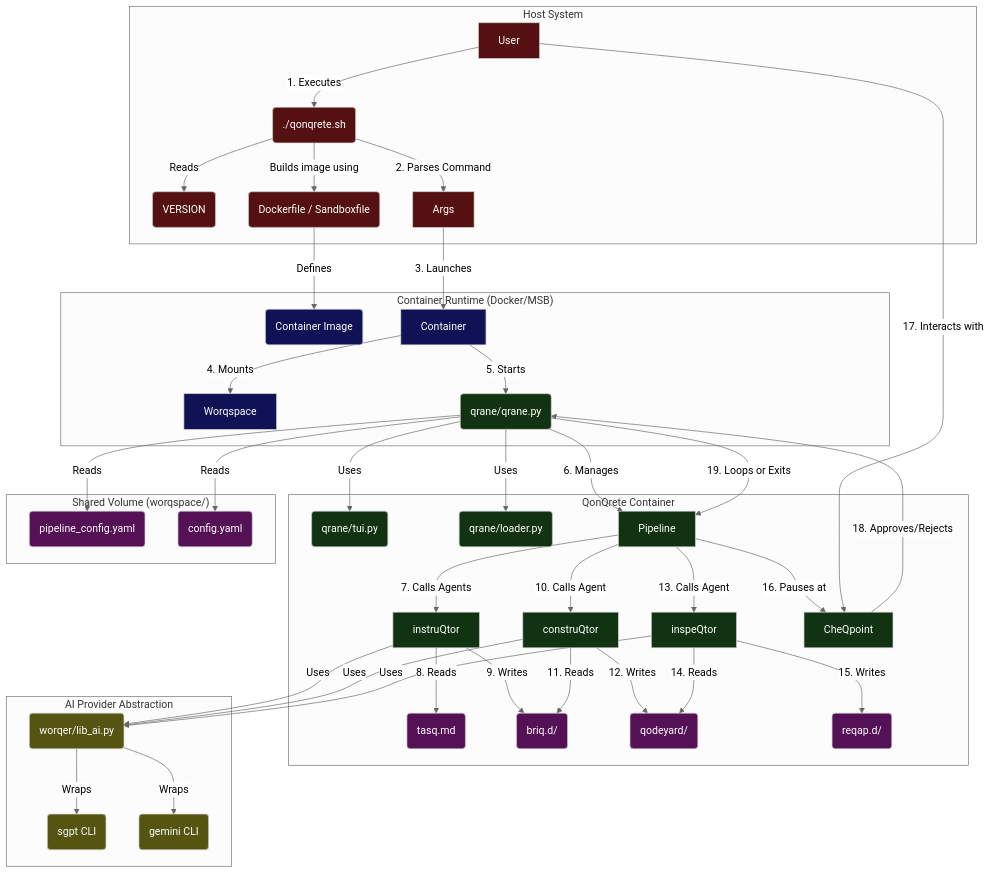
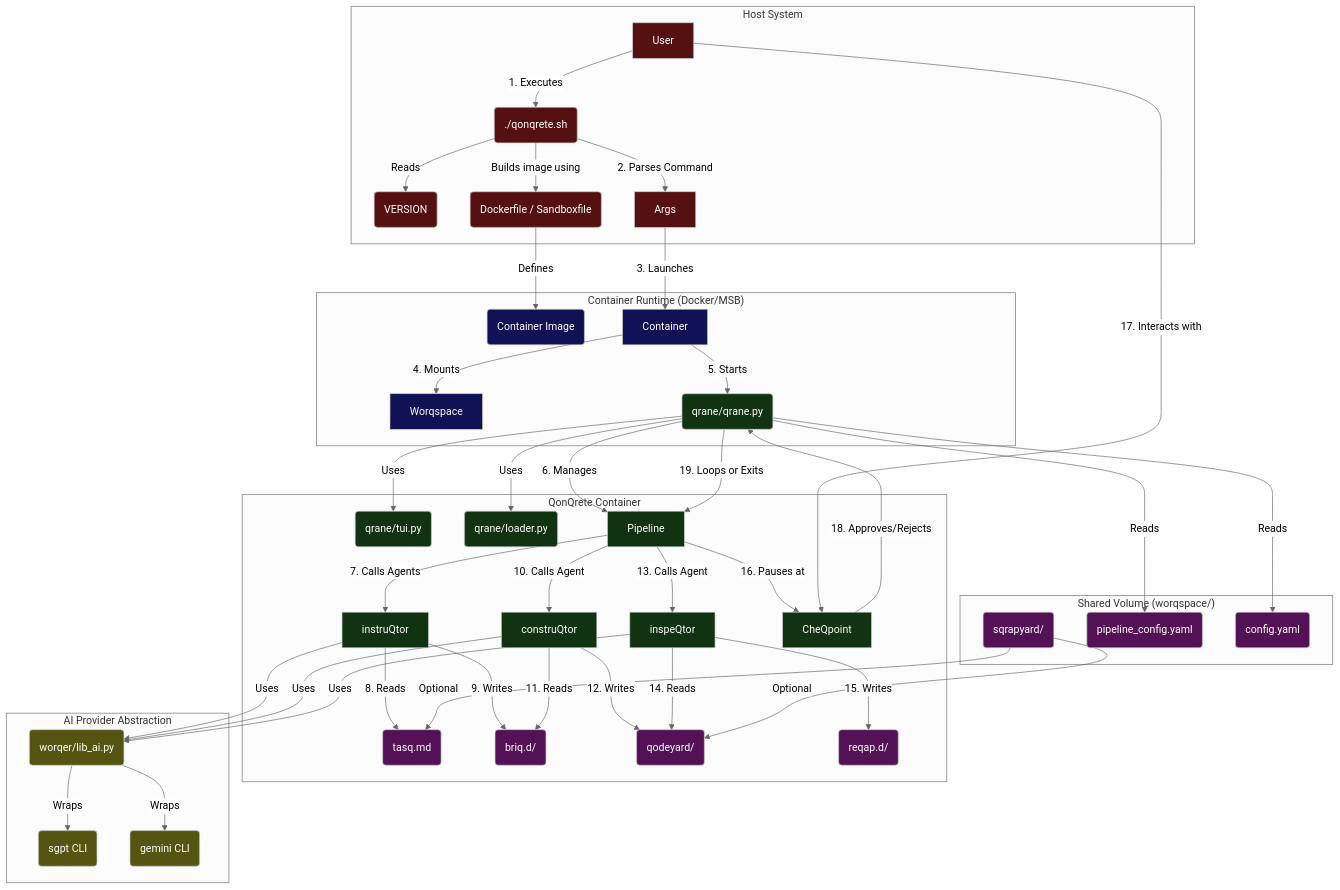
One commit to illdynamics/qonqrete changed the diagram in DOCUMENTATION.md. Above: the diagram before and after it, drawn with Mermaid (neutral theme). The commit also changed other lines of this file and 13 other files, not shown here.

First line of the commit message:
feat: Re-implement qodeyard, sqrapyard, and briqsens levels

````diff
--- a/DOCUMENTATION.md
+++ b/DOCUMENTATION.md
@@ -19,67 +19,70 @@
 ```mermaid
 graph TD
     subgraph Host System
         User -- 1. Executes --> Shell(./qonqrete.sh);
         Shell -- Reads --> VersionFile(VERSION);
         Shell -- Builds image using --> BuildFiles(Dockerfile / Sandboxfile);
         Shell -- 2. Parses Command --> Args;
     end
 
     subgraph "Container Runtime (Docker/MSB)"
         BuildFiles -- Defines --> Image(Container Image);
         Args -- 3. Launches --> Container;
         Container -- 4. Mounts --> Worqspace;
         Container -- 5. Starts --> Qrane;
     end
 
     subgraph "QonQrete Container"
         Qrane(qrane/qrane.py) -- Uses --> TUI(qrane/tui.py);
         Qrane -- Uses --> Loader(qrane/loader.py);
         Qrane -- 6. Manages --> Pipeline;
         Pipeline -- 7. Calls Agents --> instruQtor;
         instruQtor -- 8. Reads --> TasQ;
         instruQtor -- 9. Writes --> BriQs;
         Pipeline -- 10. Calls Agent --> construQtor;
         construQtor -- 11. Reads --> BriQs;
         construQtor -- 12. Writes --> Qodeyard;
         Pipeline -- 13. Calls Agent --> inspeQtor;
         inspeQtor -- 14. Reads --> Qodeyard;
         inspeQtor -- 15. Writes --> ReQap;
         Pipeline -- 16. Pauses at --> CheQpoint;
     end
 
     subgraph "Shared Volume (worqspace/)"
         Worqspace;
+        Sqrapyard(sqrapyard/);
         Qrane -- Reads --> PConfig(pipeline_config.yaml);
         Qrane -- Reads --> Config(config.yaml);
         TasQ(tasq.md);
         BriQs(briq.d/);
         Qodeyard(qodeyard/);
         ReQap(reqap.d/);
+        Sqrapyard -- Optional --> Qodeyard;
+        Sqrapyard -- Optional --> TasQ;
     end
 
     subgraph "AI Provider Abstraction"
         LibAI(worqer/lib_ai.py);
         instruQtor -- Uses --> LibAI;
         construQtor -- Uses --> LibAI;
         inspeQtor -- Uses --> LibAI;
         LibAI -- Wraps --> SGPT(sgpt CLI);
         LibAI -- Wraps --> Gemini(gemini CLI);
     end
 
     User -- 17. Interacts with --> CheQpoint;
     CheQpoint -- 18. Approves/Rejects --> Qrane;
     Qrane -- 19. Loops or Exits --> Pipeline;
 
     classDef host fill:#511,stroke:#ccc,color:#fff;
     classDef container fill:#115,stroke:#ccc,color:#fff;
     classDef qonqrete fill:#131,stroke:#ccc,color:#fff;
     classDef volume fill:#515,stroke:#ccc,color:#fff;
     classDef abstraction fill:#551,stroke:#ccc,color:#fff;
 
     class User,Shell,Args,VersionFile,BuildFiles host;
     class Container,Worqspace,Image container;
     class Qrane,Pipeline,instruQtor,construQtor,inspeQtor,CheQpoint,TUI,Loader qonqrete;
-    class TasQ,BriQs,Qodeyard,ReQap,Config,PConfig volume;
+    class TasQ,BriQs,Qodeyard,ReQap,Config,PConfig,Sqrapyard volume;
     class LibAI,SGPT,Gemini abstraction;
 ```
````
